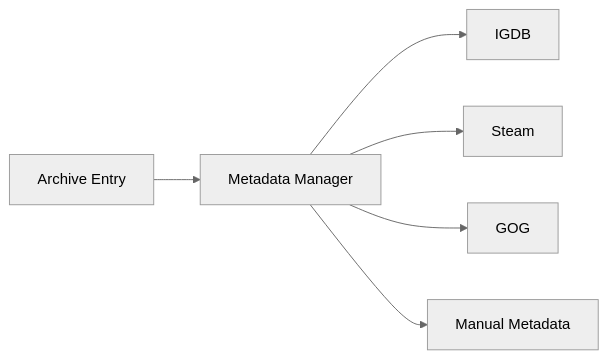
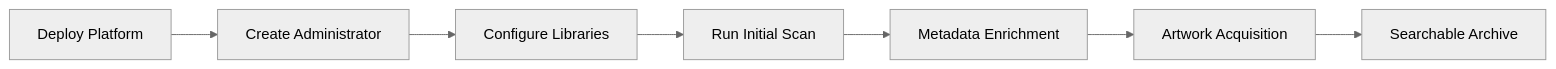
Before and after one commit to InvictusRex/Ludexis: the tenth of 10 diagrams in README.md, drawn with Mermaid (neutral theme). The commit also changed other lines of this file, not shown here.

````diff
--- a/README.md
+++ b/README.md
@@ -133,18 +370,16 @@
 ```mermaid
 flowchart LR
 
-    A[Archive Entry]
-    B[Metadata Manager]
+    A[Deploy Platform]
+    --> B[Create Administrator]
 
-    C[IGDB]
-    D[Steam]
-    E[GOG]
-    F[Manual Metadata]
+    B --> C[Configure Libraries]
 
-    A --> B
+    C --> D[Run Initial Scan]
 
-    B --> C
-    B --> D
-    B --> E
-    B --> F
+    D --> E[Metadata Enrichment]
+
+    E --> F[Artwork Acquisition]
+
+    F --> G[Searchable Archive]
 ```
````
